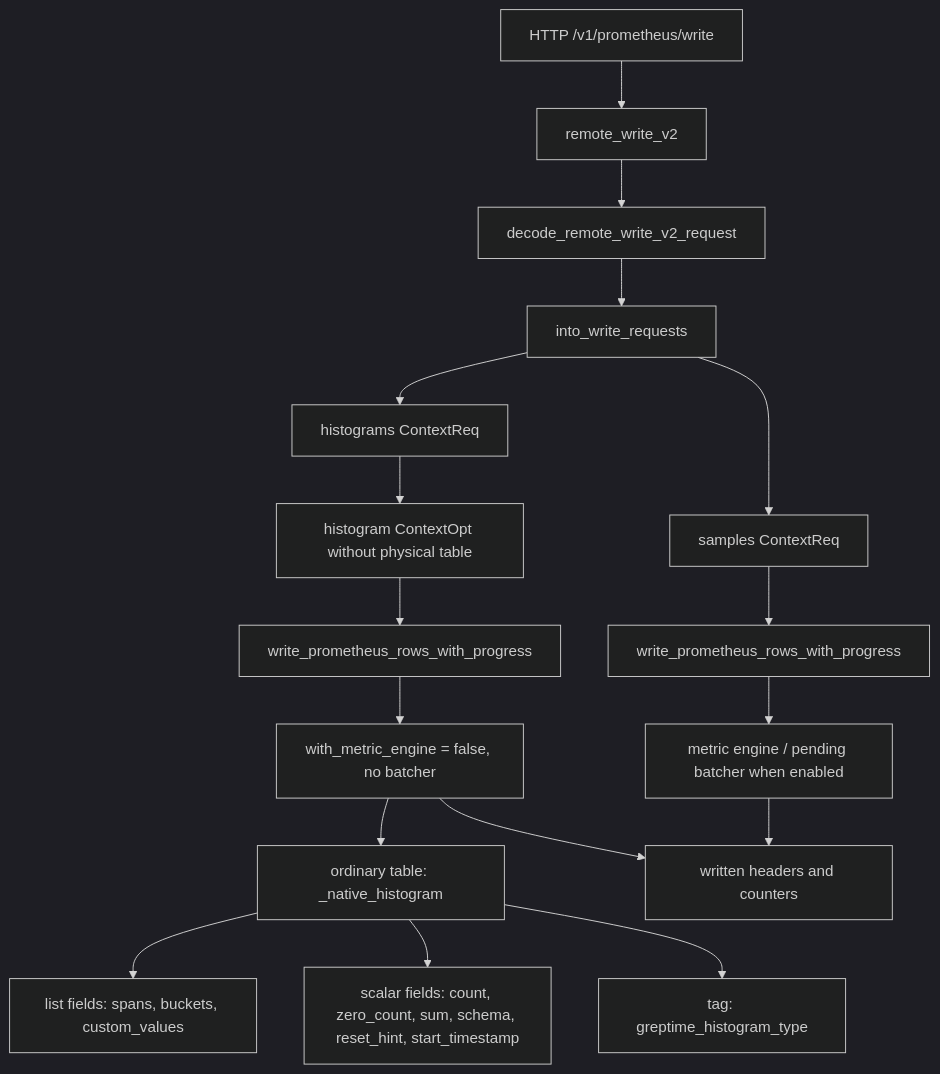
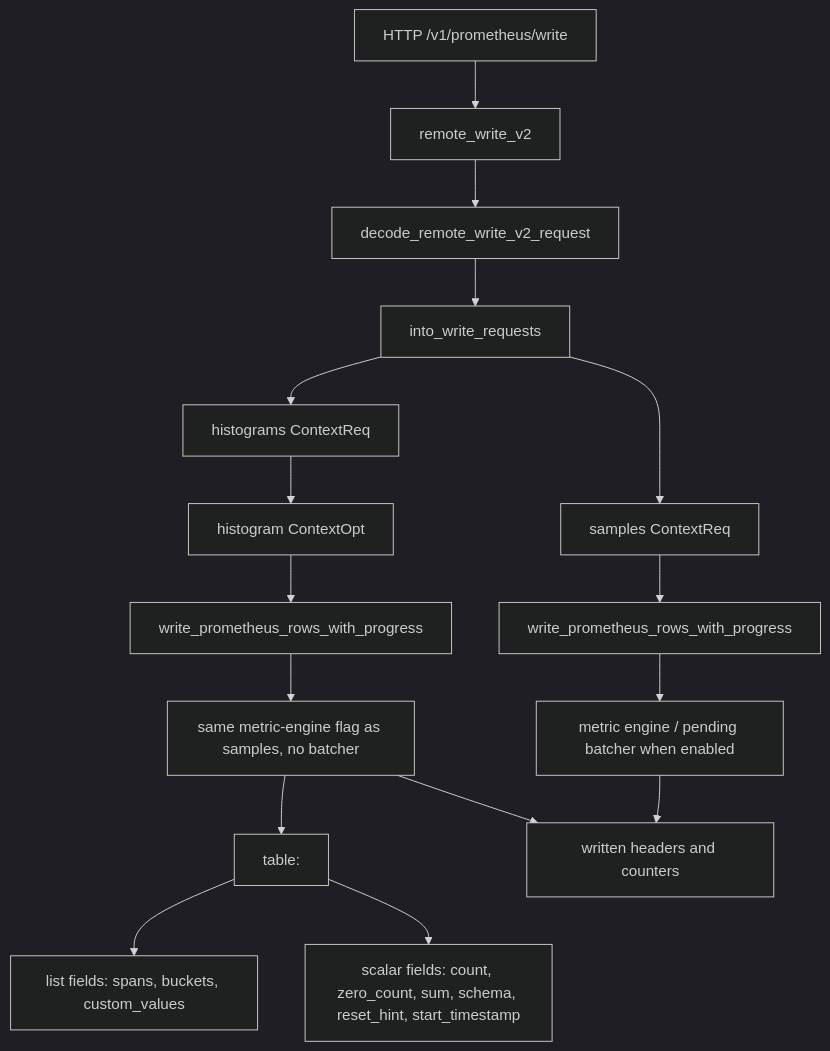
Before and after one commit to GreptimeTeam/greptimedb: the diagram in src/servers/src/prom_remote_write/README.md, drawn with Mermaid (dark theme). The commit also changed other lines of this file and 15 other files, not shown here.

Commit message:
feat: implement metric engine

````diff
--- a/src/servers/src/prom_remote_write/README.md
+++ b/src/servers/src/prom_remote_write/README.md
@@ -11,24 +11,22 @@
 ```mermaid
 flowchart TD
     A["HTTP /v1/prometheus/write"] --> B["remote_write_v2"]
     B --> C["decode_remote_write_v2_request"]
     C --> D["into_write_requests"]
 
     D --> E["samples ContextReq"]
     D --> F["histograms ContextReq"]
 
     E --> G["write_prometheus_rows_with_progress"]
     G --> H["metric engine / pending batcher when enabled"]
 
-    F --> I["histogram ContextOpt without physical table"]
+    F --> I["histogram ContextOpt"]
     I --> J["write_prometheus_rows_with_progress"]
-    J --> K["with_metric_engine = false, no batcher"]
-    K --> L["ordinary table: <metric>_native_histogram"]
+    J --> K["same metric-engine flag as samples, no batcher"]
+    K --> L["table: <metric>"]
 
     L --> M["list fields: spans, buckets, custom_values"]
     L --> N["scalar fields: count, zero_count, sum, schema, reset_hint, start_timestamp"]
-    L --> O["tag: greptime_histogram_type"]
-
     H --> P["written headers and counters"]
     K --> P
 ```
````
